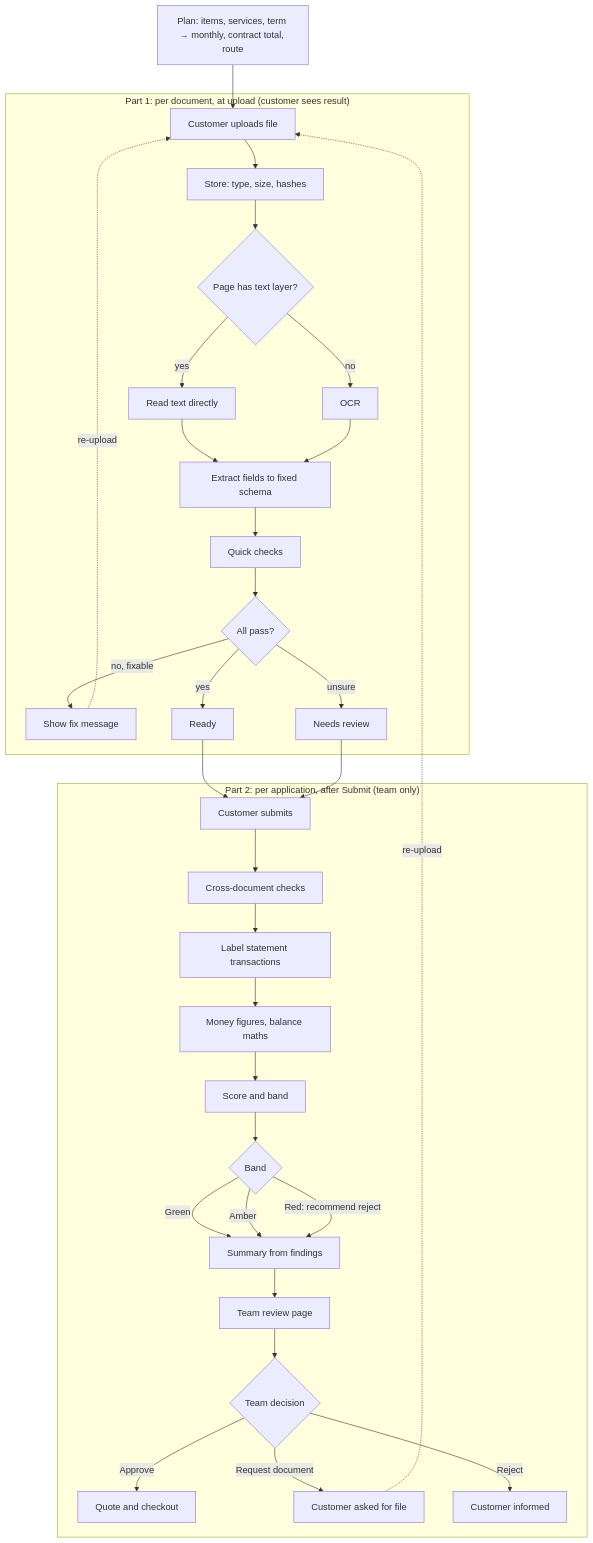
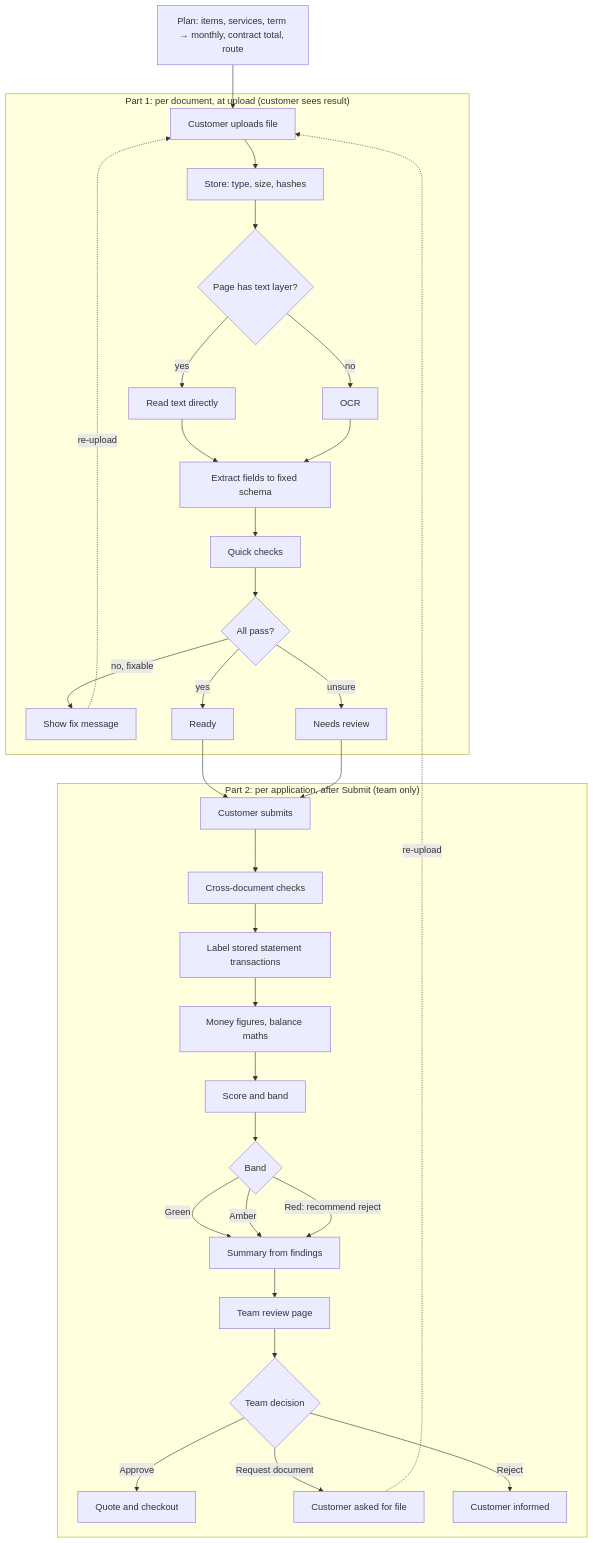
The diagram in docs/ARCHITECTURE.md (pgade-02/revent-business-kyc), drawn with Mermaid before and after one commit. The commit also changed other lines of this file and 2 other files, not shown here.

````diff
--- a/docs/ARCHITECTURE.md
+++ b/docs/ARCHITECTURE.md
@@ -22,39 +25,39 @@
 ```mermaid
 flowchart TD
     PL[Plan: items, services, term → monthly, contract total, route] --> U
     subgraph P1["Part 1: per document, at upload (customer sees result)"]
         U[Customer uploads file] --> S[Store: type, size, hashes]
         S --> R{Page has text layer?}
         R -- yes --> T[Read text directly]
         R -- no --> O[OCR]
         T --> X[Extract fields to fixed schema]
         O --> X
         X --> Q[Quick checks]
         Q --> D{All pass?}
         D -- no, fixable --> F[Show fix message]
         F -. re-upload .-> U
         D -- unsure --> NR[Needs review]
         D -- yes --> OK[Ready]
     end
 
     OK --> SUB[Customer submits]
     NR --> SUB
 
     subgraph P2["Part 2: per application, after Submit (team only)"]
         SUB --> C[Cross-document checks]
-        C --> L[Label statement transactions]
+        C --> L[Label stored statement transactions]
         L --> M[Money figures, balance maths]
         M --> SC[Score and band]
         SC --> B{Band}
         B -- Green --> SUM[Summary from findings]
         B -- Amber --> SUM
         B -- Red: recommend reject --> SUM
         SUM --> REV[Team review page]
         REV --> A{Team decision}
         A -- Approve --> AP[Quote and checkout]
         A -- Request document --> RQ[Customer asked for file]
         A -- Reject --> RJ[Customer informed]
     end
 
     RQ -. re-upload .-> U
 ```
````
